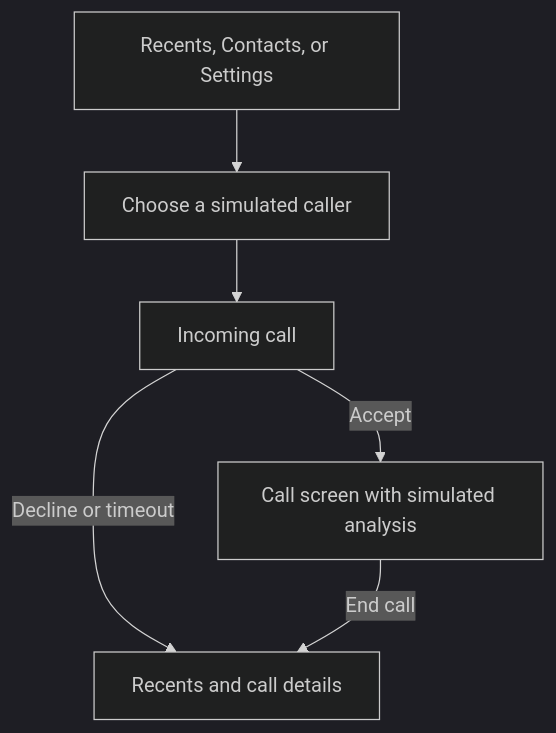
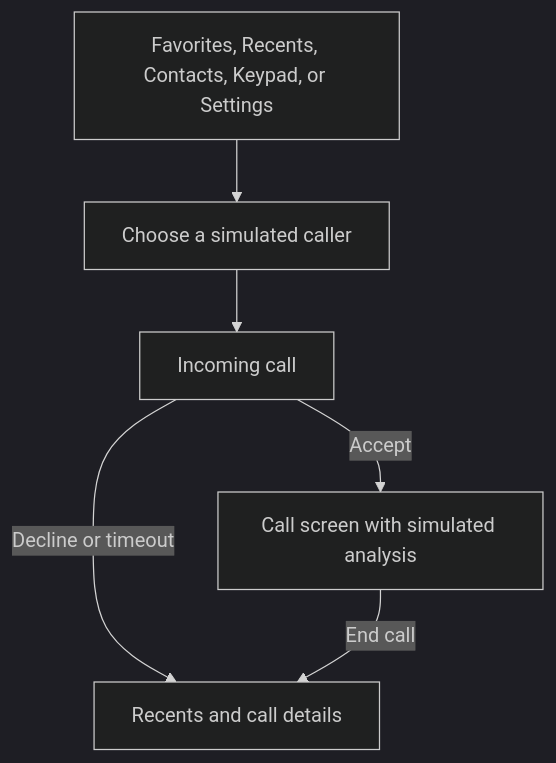
One commit to shreymp/congressional-app-challenge-2026 changed the diagram in frontendscreens/README.md. Above: the diagram before and after it, drawn with Mermaid (dark theme). The commit also changed other lines of this file and 60 other files, not shown here.

````diff
--- a/frontendscreens/README.md
+++ b/frontendscreens/README.md
@@ -12,8 +16,8 @@
 ```mermaid
 flowchart TD
-  Home[Recents, Contacts, or Settings] --> Demo[Choose a simulated caller]
+  Home[Favorites, Recents, Contacts, Keypad, or Settings] --> Demo[Choose a simulated caller]
   Demo --> Incoming[Incoming call]
   Incoming -->|Accept| Active[Call screen with simulated analysis]
   Incoming -->|Decline or timeout| History[Recents and call details]
   Active -->|End call| History
 ```
````
